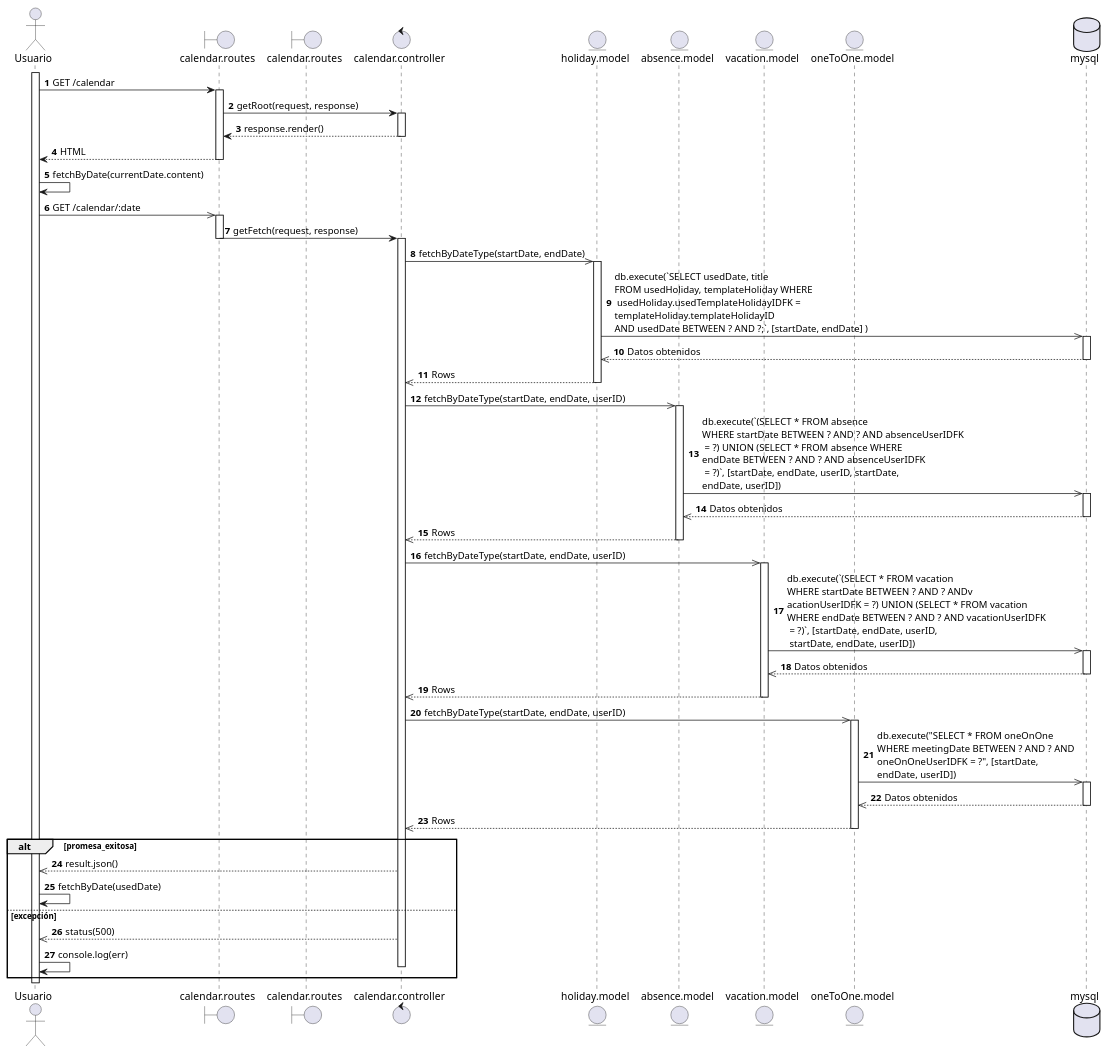
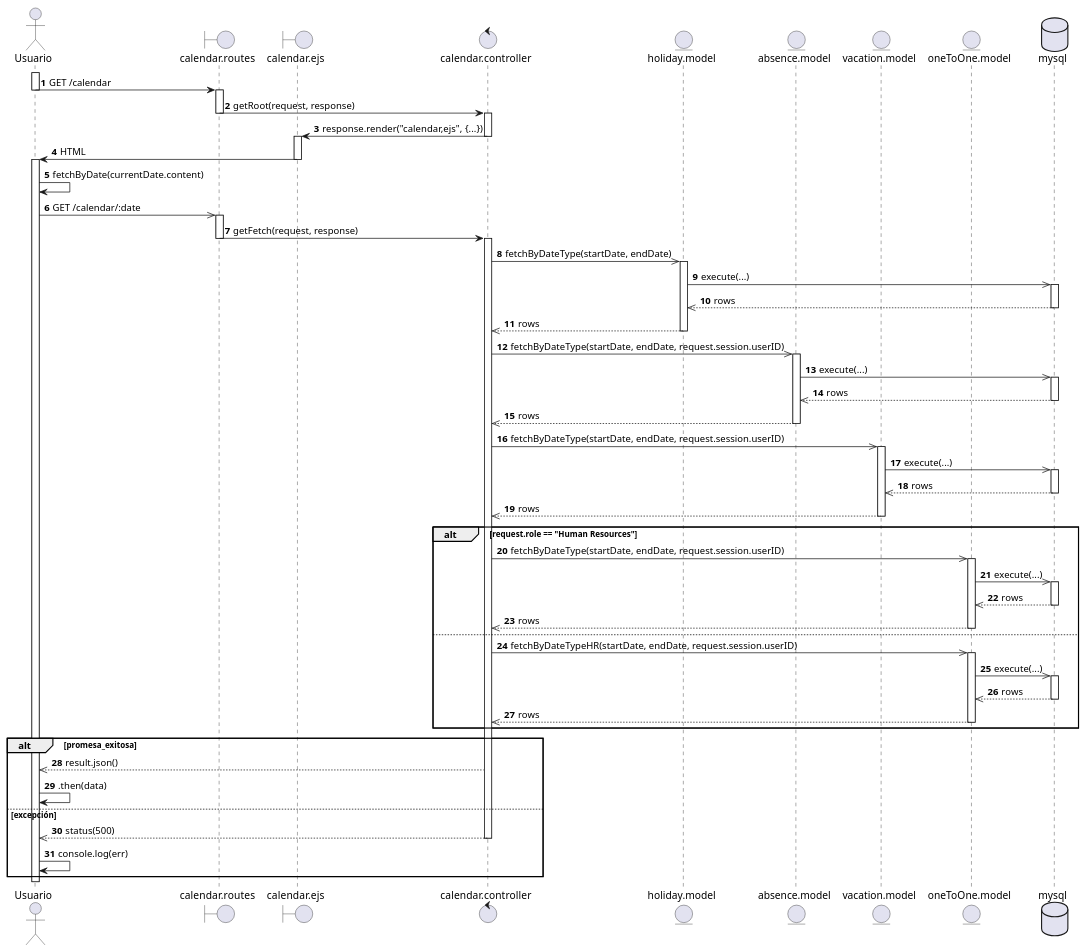
Before and after one commit to EdCanCe/WorkCells: the diagram in diagrams/Casos de Uso/mundo req fun/Diagramas secuencia/CU02.puml, drawn with PlantUML. The commit also changed 3 other files, not shown here.

First line of the commit message:
Update: Corrección en diagramas de secuencia

```diff
--- a/diagrams/Casos de Uso/mundo req fun/Diagramas secuencia/CU02.puml
+++ b/diagrams/Casos de Uso/mundo req fun/Diagramas secuencia/CU02.puml
@@ -1,91 +1,101 @@
 @startuml
 actor Usuario
 boundary "calendar.routes" as Routes
-boundary "calendar.routes" as Ejs
+boundary "calendar.ejs" as Ejs
 control "calendar.controller" as Controller
 entity "holiday.model" as Holiday
 entity "absence.model" as Absence
 entity "vacation.model" as Vacation
 entity "oneToOne.model" as OneToOne
 database "mysql" as MySQL
 
 autonumber
 
 activate Usuario
 Usuario -> Routes: GET /calendar
+deactivate Usuario
 
 activate Routes
 Routes -> Controller: getRoot(request, response)
+deactivate Routes
 
 activate Controller
-Controller --> Routes: response.render()
+Controller -> Ejs: response.render("calendar,ejs", {...})
+deactivate Controller
 
-deactivate Controller
-Routes --> Usuario: HTML
-
-deactivate Routes
+activate Ejs
+Ejs -> Usuario: HTML
+deactivate Ejs
+activate Usuario
 
 Usuario -> Usuario: fetchByDate(currentDate.content)
 
 Usuario ->> Routes: GET /calendar/:date
 activate Routes
 
 Routes -> Controller: getFetch(request, response)
 deactivate Routes
 
 activate Controller
 Controller ->> Holiday: fetchByDateType(startDate, endDate)
 activate Holiday
-Holiday ->> MySQL: db.execute(`SELECT usedDate, title\nFROM usedHoliday, templateHoliday WHERE \n usedHoliday.usedTemplateHolidayIDFK =\ntemplateHoliday.templateHolidayID\nAND usedDate BETWEEN ? AND ?;`, [startDate, endDate] )
+Holiday ->> MySQL: execute(...)
 activate MySQL
-MySQL -->> Holiday: Datos obtenidos
+MySQL -->> Holiday: rows
 deactivate MySQL
-Holiday -->> Controller: Rows
+Holiday -->> Controller: rows
 deactivate Holiday
 
-Controller ->> Absence: fetchByDateType(startDate, endDate, userID)
+Controller ->> Absence: fetchByDateType(startDate, endDate, request.session.userID)
 activate Absence
-Absence ->> MySQL: db.execute(`(SELECT * FROM absence \nWHERE startDate BETWEEN ? AND ? AND absenceUserIDFK\n = ?) UNION (SELECT * FROM absence WHERE\nendDate BETWEEN ? AND ? AND absenceUserIDFK \n = ?)`, [startDate, endDate, userID, startDate,\nendDate, userID])
+Absence ->> MySQL: execute(...)
 activate MySQL
-MySQL -->> Absence: Datos obtenidos
+MySQL -->> Absence: rows
 deactivate MySQL
-Absence -->> Controller: Rows
+Absence -->> Controller: rows
 deactivate Absence
 
-Controller ->> Vacation: fetchByDateType(startDate, endDate, userID)
+Controller ->> Vacation: fetchByDateType(startDate, endDate, request.session.userID)
 activate Vacation
-Vacation ->> MySQL: db.execute(`(SELECT * FROM vacation\nWHERE startDate BETWEEN ? AND ? ANDv\nacationUserIDFK = ?) UNION (SELECT * FROM vacation\nWHERE endDate BETWEEN ? AND ? AND vacationUserIDFK\n = ?)`, [startDate, endDate, userID, \n startDate, endDate, userID])
+Vacation ->> MySQL: execute(...)
 activate MySQL
-MySQL -->> Vacation: Datos obtenidos
+MySQL -->> Vacation: rows
 deactivate MySQL
-Vacation -->> Controller: Rows
+Vacation -->> Controller: rows
 deactivate Vacation
 
-Controller ->> OneToOne: fetchByDateType(startDate, endDate, userID)
-activate OneToOne
-OneToOne ->> MySQL: db.execute("SELECT * FROM oneOnOne\nWHERE meetingDate BETWEEN ? AND ? AND\noneOnOneUserIDFK = ?", [startDate,\nendDate, userID])
-activate MySQL
-MySQL -->> OneToOne: Datos obtenidos
-deactivate MySQL
-OneToOne -->> Controller: Rows
+alt request.role == "Human Resources"
+    Controller ->> OneToOne: fetchByDateType(startDate, endDate, request.session.userID)
+    activate OneToOne
+    OneToOne ->> MySQL: execute(...)
+    activate MySQL
+    MySQL -->> OneToOne: rows
+    deactivate MySQL
+    OneToOne -->> Controller: rows
+    deactivate OneToOne
+else
+    Controller ->> OneToOne: fetchByDateTypeHR(startDate, endDate, request.session.userID)
+    activate OneToOne
+    OneToOne ->> MySQL: execute(...)
+    activate MySQL
+    MySQL -->> OneToOne: rows
+    deactivate MySQL
+    OneToOne -->> Controller: rows
+    deactivate OneToOne
+end
 
-deactivate OneToOne
 
 alt promesa_exitosa
-
-Controller -->> Usuario: result.json()
-
-Usuario -> Usuario: fetchByDate(usedDate)
-
+    Controller -->> Usuario: result.json()
+    Usuario -> Usuario: .then(data)
 else excepción
 
 Controller -->> Usuario: status(500)
+deactivate Controller
 Usuario -> Usuario: console.log(err)
-
-deactivate Controller
 
 end
 
 deactivate Usuario
 
 @enduml
```
